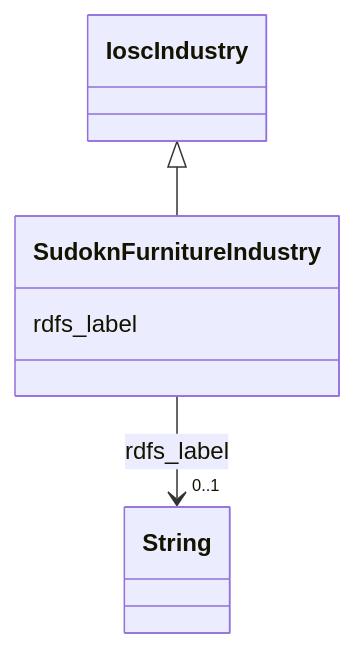
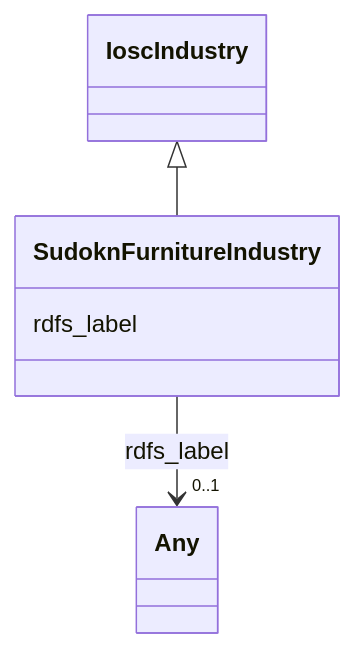
The diagram in sudokn-kg/classes/SudoknFurnitureIndustry.md (frink-okn/graph-descriptions), drawn with Mermaid before and after one commit. The commit also changed other lines of this file and 903 other files, not shown here.

````diff
--- a/sudokn-kg/classes/SudoknFurnitureIndustry.md
+++ b/sudokn-kg/classes/SudoknFurnitureIndustry.md
@@ -23,18 +18,18 @@
 ```mermaid
  classDiagram
     class SudoknFurnitureIndustry
     click SudoknFurnitureIndustry href "../SudoknFurnitureIndustry"
       IoscIndustry <|-- SudoknFurnitureIndustry
         click IoscIndustry href "../IoscIndustry"
       
       SudoknFurnitureIndustry : rdfs_label
         
           
     
     
-    SudoknFurnitureIndustry --> "0..1" String : rdfs_label
-    click String href "../String"
+    SudoknFurnitureIndustry --> "0..1" Any : rdfs_label
+    click Any href "../Any"
 
         
       
 ```
````
